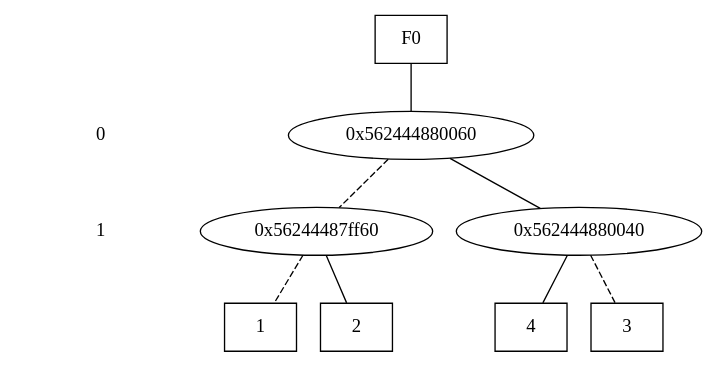
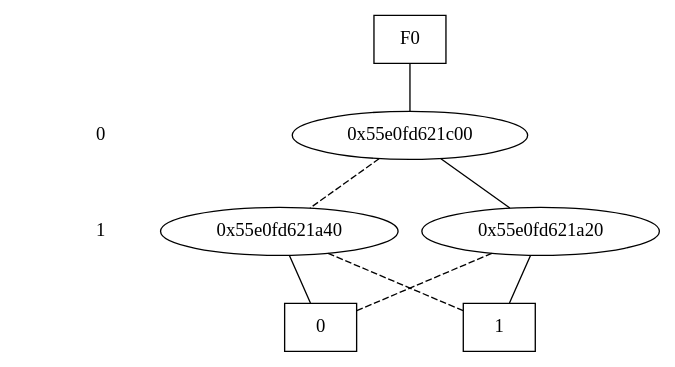
Before and after one commit to AAU-Dat/CuPAAL: the diagram in B_matrix.dot, drawn with Graphviz. The commit also changed 38 other files, not shown here.

```diff
--- a/B_matrix.dot
+++ b/B_matrix.dot
@@ -1,37 +1,33 @@
 digraph "DD" {
 size = "7.5,10"
 center = true;
 edge [dir = none];
 { node [shape = plaintext];
   edge [style = invis];
   "CONST NODES" [style = invis];
 " 0 " -> " 1 " -> "CONST NODES"; 
 }
 { rank = same; node [shape = box]; edge [style = invis];
 "F0"; }
 { rank = same; " 0 ";
-"0x562444880060";
+"0x55e0fd621c00";
 }
 { rank = same; " 1 ";
-"0x56244487ff60";
-"0x562444880040";
+"0x55e0fd621a40";
+"0x55e0fd621a20";
 }
 { rank = same; "CONST NODES";
-{ node [shape = box]; "0x56244487fd80";
-"0x56244487ff40";
-"0x562444880020";
-"0x56244487ffc0";
+{ node [shape = box]; "0x55e0fd621940";
+"0x55e0fd621920";
 }
 }
-"F0" -> "0x562444880060" [style = solid];
-"0x562444880060" -> "0x562444880040";
-"0x562444880060" -> "0x56244487ff60" [style = dashed];
-"0x56244487ff60" -> "0x56244487ff40";
-"0x56244487ff60" -> "0x56244487fd80" [style = dashed];
-"0x562444880040" -> "0x562444880020";
-"0x562444880040" -> "0x56244487ffc0" [style = dashed];
-"0x56244487fd80" [label = "1"];
-"0x56244487ff40" [label = "2"];
-"0x562444880020" [label = "4"];
-"0x56244487ffc0" [label = "3"];
+"F0" -> "0x55e0fd621c00" [style = solid];
+"0x55e0fd621c00" -> "0x55e0fd621a20";
+"0x55e0fd621c00" -> "0x55e0fd621a40" [style = dashed];
+"0x55e0fd621a40" -> "0x55e0fd621940";
+"0x55e0fd621a40" -> "0x55e0fd621920" [style = dashed];
+"0x55e0fd621a20" -> "0x55e0fd621920";
+"0x55e0fd621a20" -> "0x55e0fd621940" [style = dashed];
+"0x55e0fd621940" [label = "0"];
+"0x55e0fd621920" [label = "1"];
 }
```
